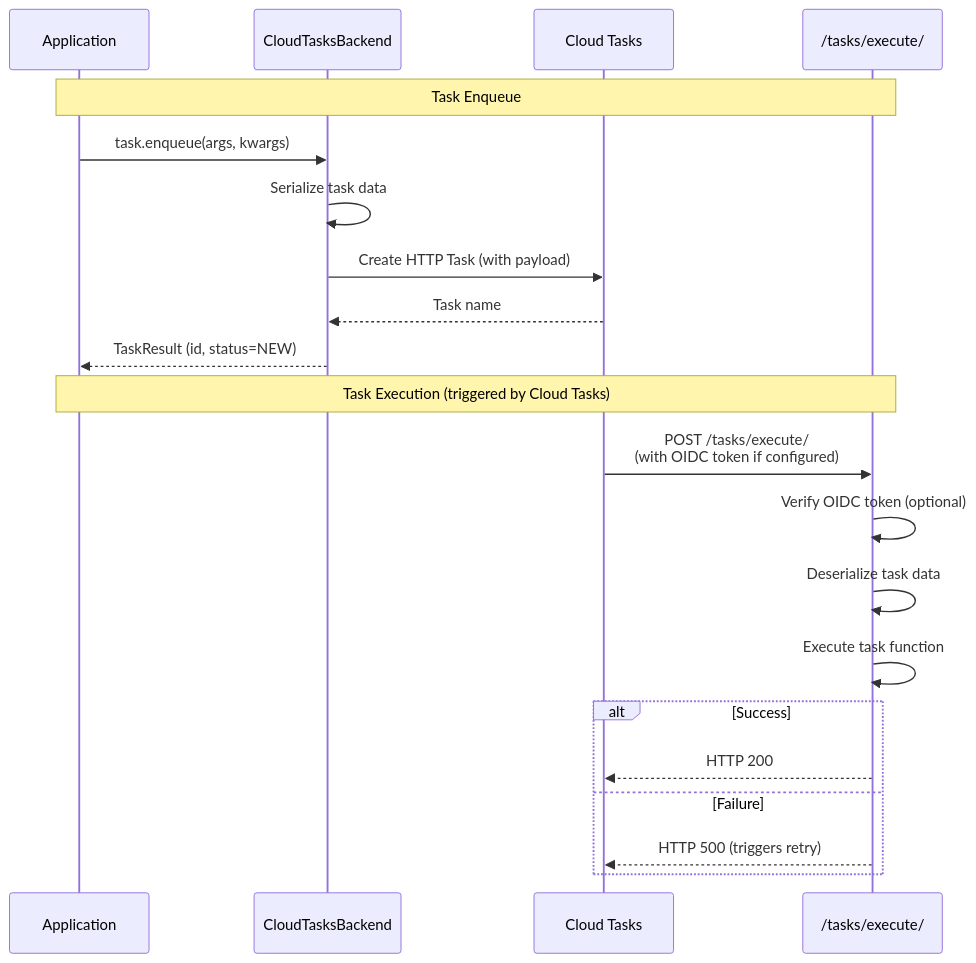
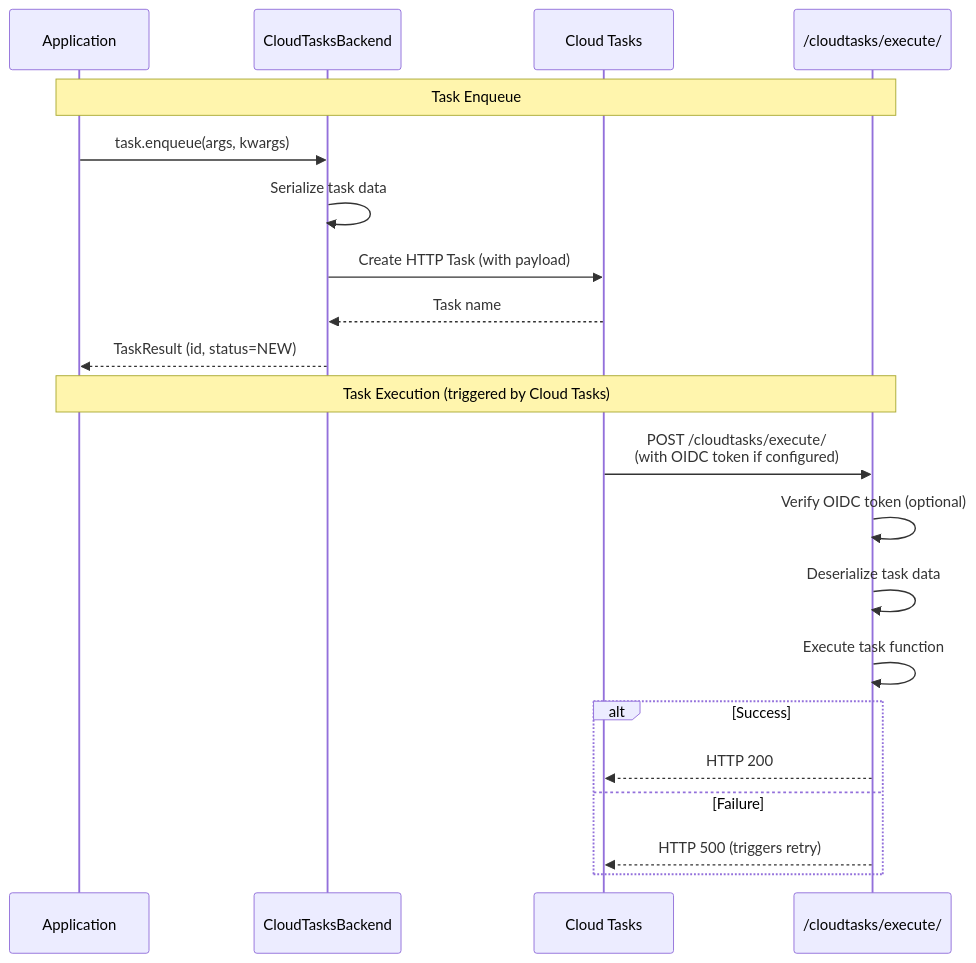
The diagram in README.md (tokibito/django-tasks-cloud-tasks), drawn with Mermaid before and after one commit. The commit also changed other lines of this file and 8 other files, not shown here.

````diff
--- a/README.md
+++ b/README.md
@@ -17,25 +17,25 @@
 ```mermaid
 sequenceDiagram
     participant App as Application
     participant Backend as CloudTasksBackend
     participant CT as Cloud Tasks
-    participant Handler as /tasks/execute/
+    participant Handler as /cloudtasks/execute/
 
     Note over App,Handler: Task Enqueue
     App->>Backend: task.enqueue(args, kwargs)
     Backend->>Backend: Serialize task data
     Backend->>CT: Create HTTP Task (with payload)
     CT-->>Backend: Task name
     Backend-->>App: TaskResult (id, status=NEW)
 
     Note over App,Handler: Task Execution (triggered by Cloud Tasks)
-    CT->>Handler: POST /tasks/execute/<br/>(with OIDC token if configured)
+    CT->>Handler: POST /cloudtasks/execute/<br/>(with OIDC token if configured)
     Handler->>Handler: Verify OIDC token (optional)
     Handler->>Handler: Deserialize task data
     Handler->>Handler: Execute task function
     alt Success
         Handler-->>CT: HTTP 200
     else Failure
         Handler-->>CT: HTTP 500 (triggers retry)
     end
 ```
````
